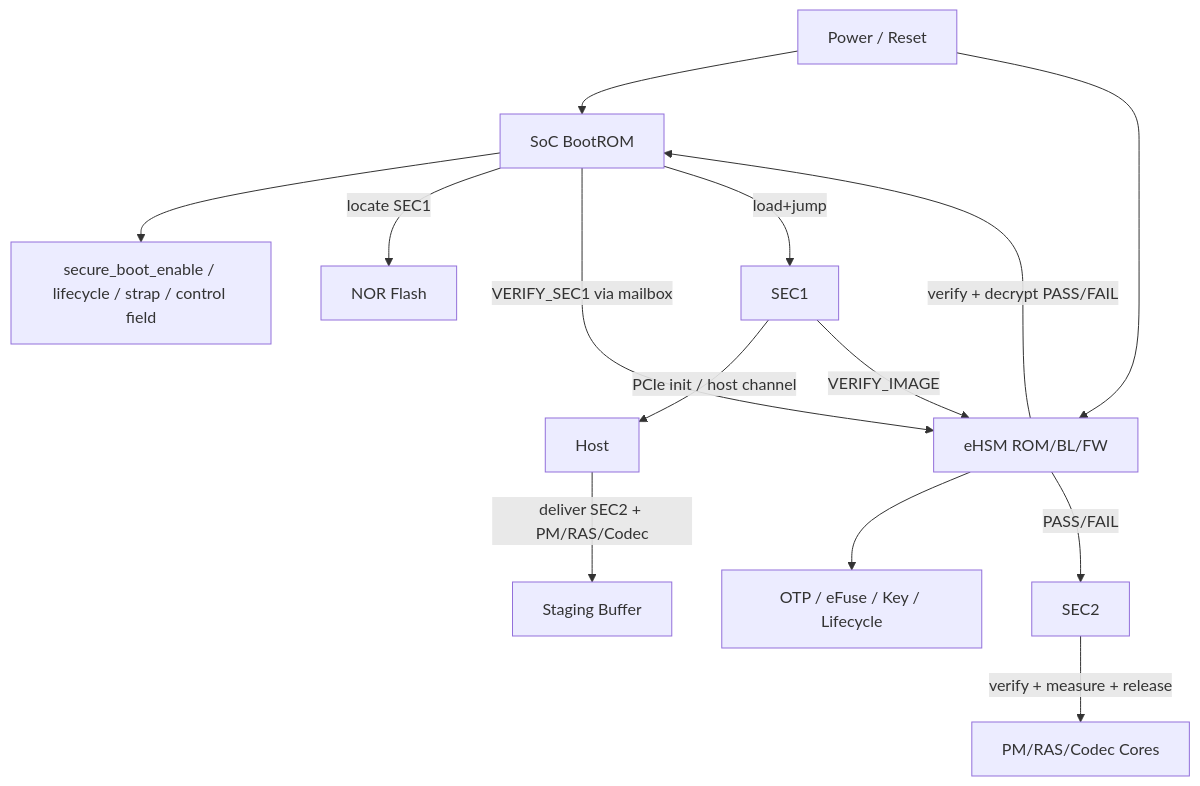
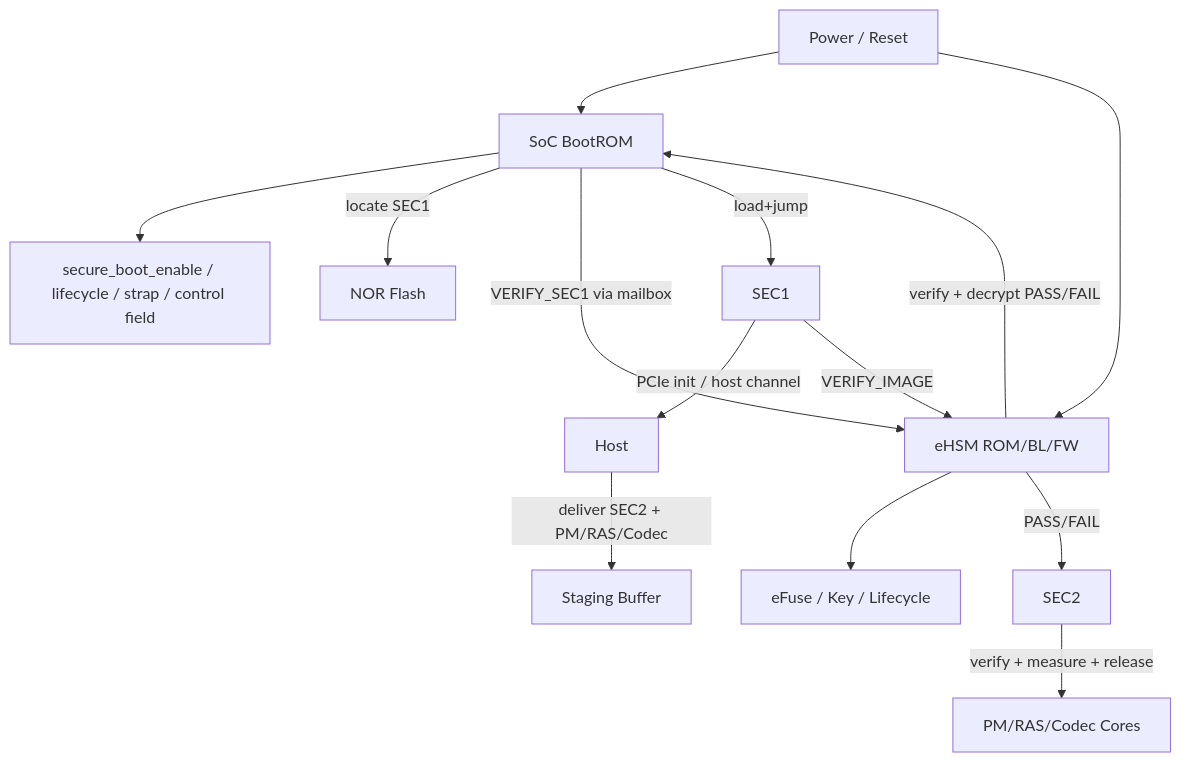
Before and after one commit to DBW19931021/security_-scheme: the fourth of 29 diagrams in ngu800_security_solution_flow_with_gpt/security_workflow/03_detailed_design/10_full_design.md, drawn with Mermaid. The commit also changed other lines of this file and 28 other files, not shown here.

````diff
--- a/ngu800_security_solution_flow_with_gpt/security_workflow/03_detailed_design/10_full_design.md
+++ b/ngu800_security_solution_flow_with_gpt/security_workflow/03_detailed_design/10_full_design.md
@@ -461,19 +468,19 @@
 ```mermaid
 graph TD
     PR[Power / Reset] --> BR[SoC BootROM]
     PR --> EH[eHSM ROM/BL/FW]
 
     BR --> CFG[secure_boot_enable / lifecycle / strap / control field]
-    EH --> OTP[OTP / eFuse / Key / Lifecycle]
+    EH --> eFuse[eFuse / Key / Lifecycle]
 
     BR -->|locate SEC1| FLASH[NOR Flash]
     BR -->|VERIFY_SEC1 via mailbox| EH
     EH -->|verify + decrypt PASS/FAIL| BR
 
     BR -->|load+jump| SEC1[SEC1]
     SEC1 -->|PCIe init / host channel| HOST[Host]
     HOST -->|deliver SEC2 + PM/RAS/Codec| STAGE[Staging Buffer]
     SEC1 -->|VERIFY_IMAGE| EH
     EH -->|PASS/FAIL| SEC2[SEC2]
     SEC2 -->|verify + measure + release| OTHERS[PM/RAS/Codec Cores]
 ```
````
